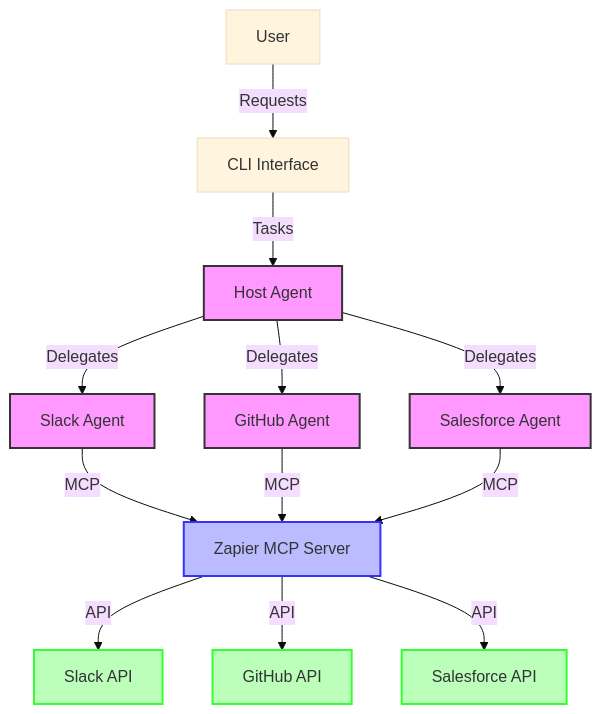
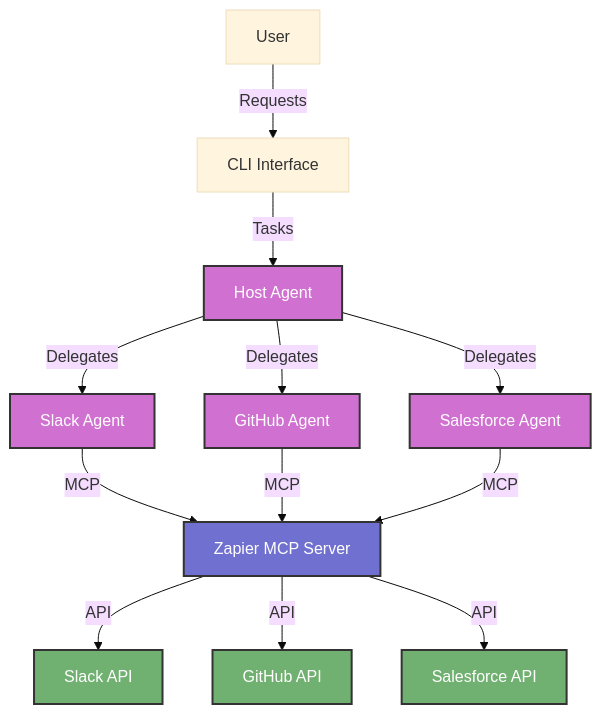
The first of 3 diagrams in README.md (DamienBench/a2a-mcp-webhook-workshop), drawn with Mermaid (base theme) before and after one commit. The commit also changed other lines of this file and 1 other file, not shown here.

Commit message:
update mermaid chart colors for readability

````diff
--- a/README.md
+++ b/README.md
@@ -37,24 +37,24 @@
 ```mermaid
 graph TD
     User[User] -->|Requests| CLI[CLI Interface]
     CLI -->|Tasks| Host[Host Agent]
     Host -->|Delegates| SlackAgent[Slack Agent]
     Host -->|Delegates| GitHubAgent[GitHub Agent]
     Host -->|Delegates| SalesforceAgent[Salesforce Agent]
     
     SlackAgent -->|MCP| Zapier[Zapier MCP Server]
     GitHubAgent -->|MCP| Zapier
     SalesforceAgent -->|MCP| Zapier
     
     Zapier -->|API| SlackAPI[Slack API]
     Zapier -->|API| GitHubAPI[GitHub API]
     Zapier -->|API| SalesforceAPI[Salesforce API]
     
     class Host,SlackAgent,GitHubAgent,SalesforceAgent agent;
     class Zapier middleware;
     class SlackAPI,GitHubAPI,SalesforceAPI external;
     
-    classDef agent fill:#f9f,stroke:#333,stroke-width:2px;
-    classDef middleware fill:#bbf,stroke:#33f,stroke-width:2px;
-    classDef external fill:#bfb,stroke:#3f3,stroke-width:2px;
+    classDef agent fill:#d070d0,stroke:#333,stroke-width:2px,color:#fff;
+    classDef middleware fill:#7070d0,stroke:#333,stroke-width:2px,color:#fff;
+    classDef external fill:#70b070,stroke:#333,stroke-width:2px,color:#fff;
 ```
````
